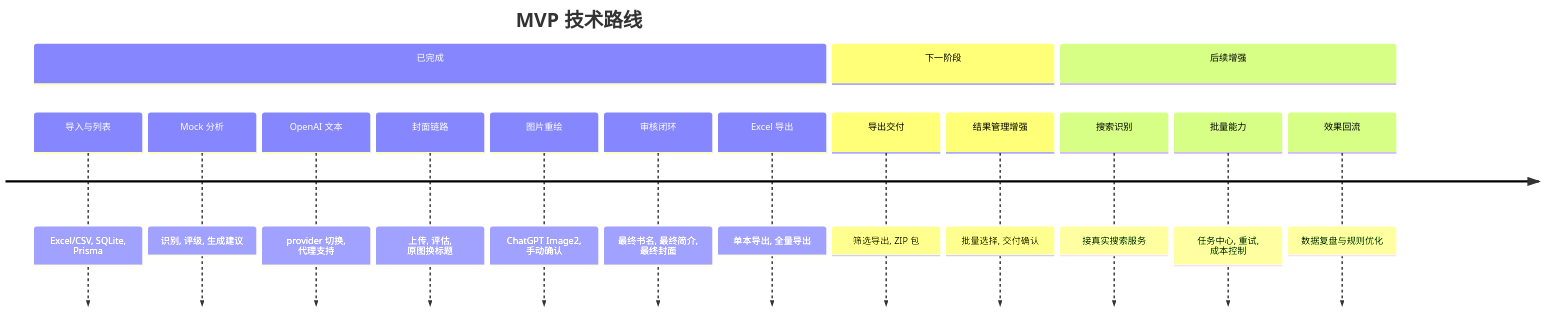
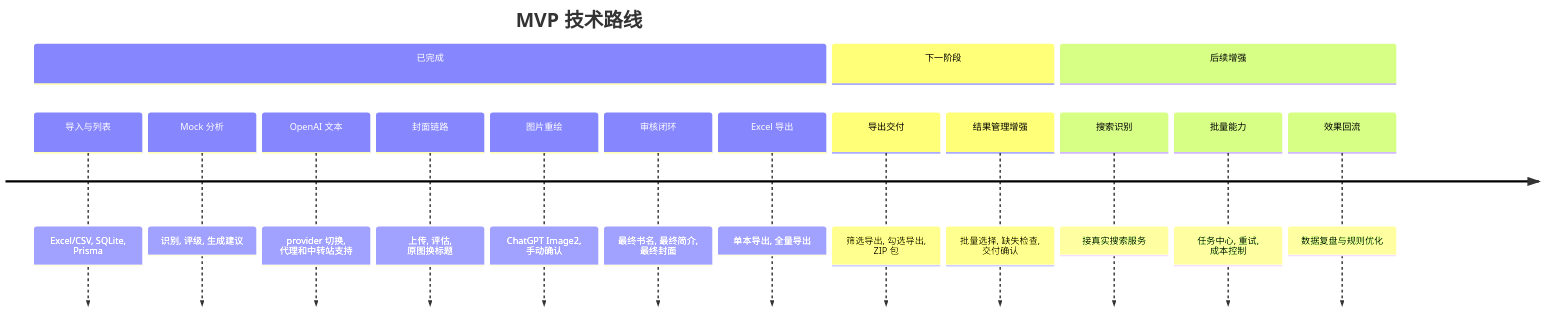
Before and after one commit to KAtOReNA7/ContentOps-Hub: the third of 3 diagrams in README.md, drawn with Mermaid. The commit also changed other lines of this file and 3 other files, not shown here.

````diff
--- a/README.md
+++ b/README.md
@@ -212,19 +296,19 @@
 ```mermaid
 timeline
   title MVP 技术路线
   section 已完成
     导入与列表 : Excel/CSV, SQLite, Prisma
     Mock 分析 : 识别, 评级, 生成建议
-    OpenAI 文本 : provider 切换, 代理支持
+    OpenAI 文本 : provider 切换, 代理和中转站支持
     封面链路 : 上传, 评估, 原图换标题
     图片重绘 : ChatGPT Image2, 手动确认
     审核闭环 : 最终书名, 最终简介, 最终封面
     Excel 导出 : 单本导出, 全量导出
   section 下一阶段
-    导出交付 : 筛选导出, ZIP 包
-    结果管理增强 : 批量选择, 交付确认
+    导出交付 : 筛选导出, 勾选导出, ZIP 包
+    结果管理增强 : 批量选择, 缺失检查, 交付确认
   section 后续增强
     搜索识别 : 接真实搜索服务
     批量能力 : 任务中心, 重试, 成本控制
     效果回流 : 数据复盘与规则优化
 ```
````
